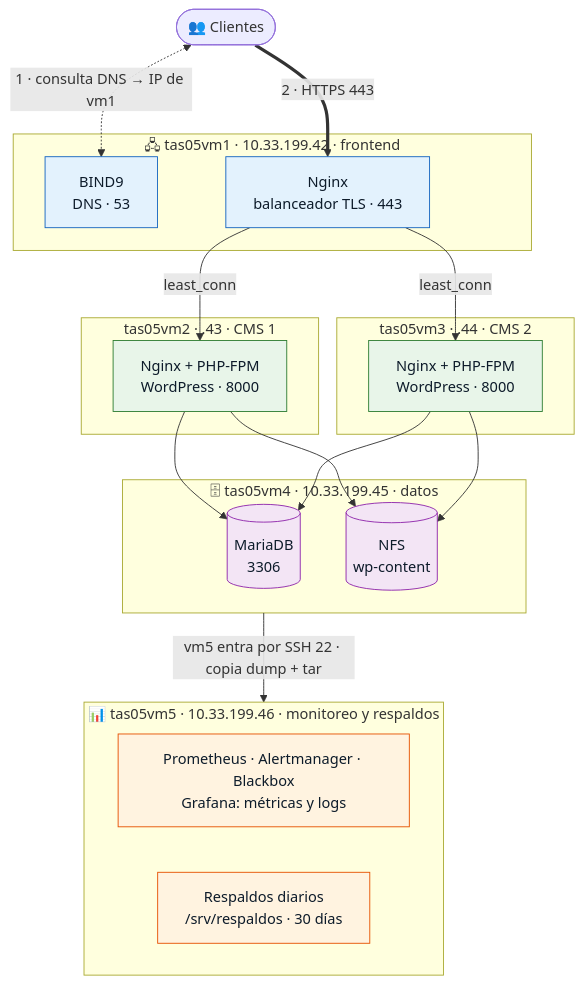
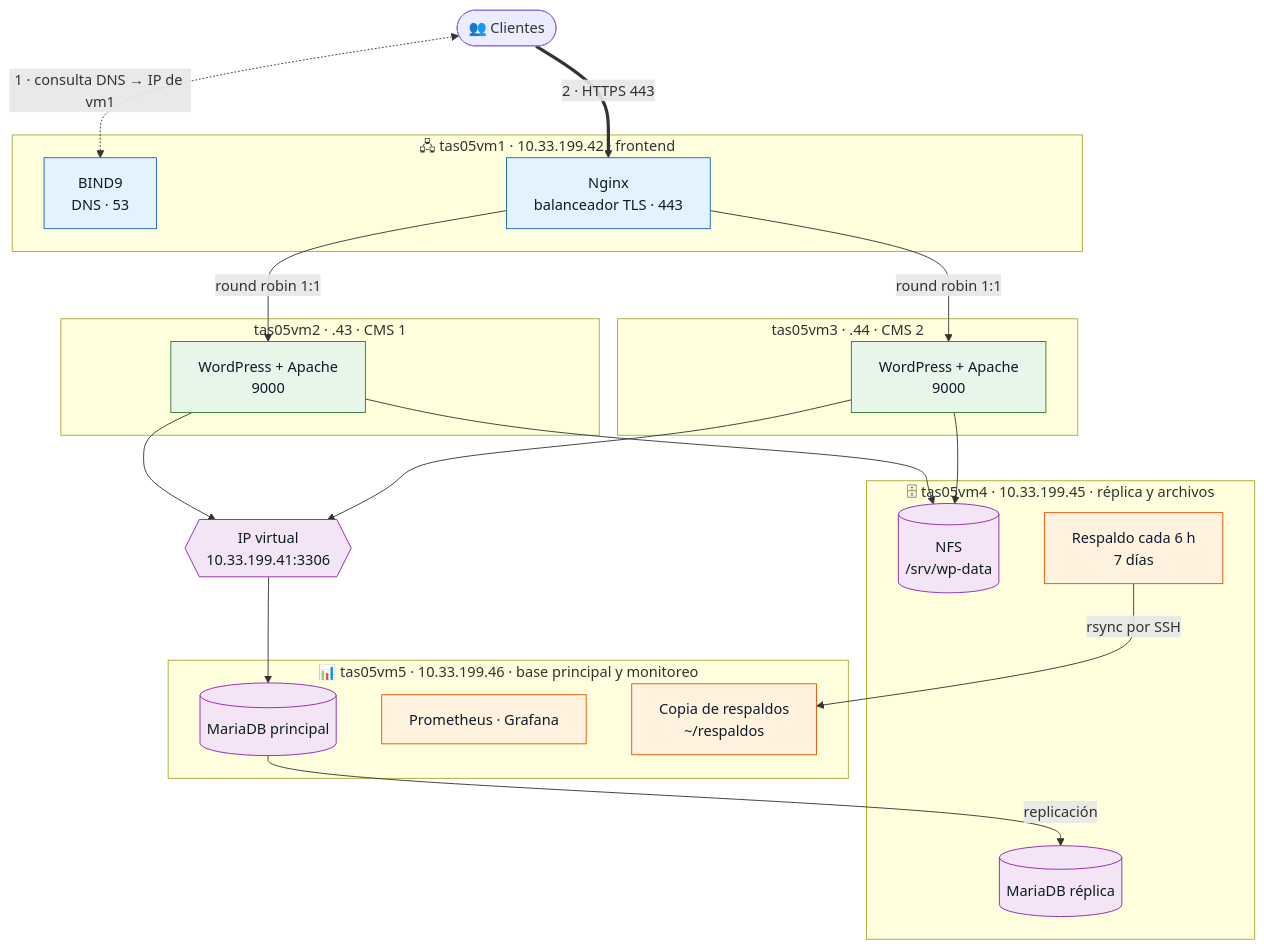
Before and after one commit to crisalvav/TAS: the diagram in README.md, drawn with Mermaid. The commit also changed other lines of this file and 14 other files, not shown here.

````diff
--- a/README.md
+++ b/README.md
@@ -42,45 +42,51 @@
 ```mermaid
 %%{init: {"flowchart": {"wrappingWidth": 260}}}%%
 flowchart TB
     C(["👥 Clientes"])
 
     subgraph VM1["🖧 tas05vm1 · 10.33.199.42 · frontend"]
         DNS["BIND9<br/>DNS · 53"]
         LB["Nginx<br/>balanceador TLS · 443"]
     end
 
     subgraph VM2["tas05vm2 · .43 · CMS 1"]
-        WP2["Nginx + PHP-FPM<br/>WordPress · 8000"]
+        WP2["WordPress + Apache<br/>9000"]
     end
 
     subgraph VM3["tas05vm3 · .44 · CMS 2"]
-        WP3["Nginx + PHP-FPM<br/>WordPress · 8000"]
+        WP3["WordPress + Apache<br/>9000"]
     end
 
-    subgraph VM4["🗄 tas05vm4 · 10.33.199.45 · datos"]
-        DB[("MariaDB<br/>3306")]
-        NFS[("NFS<br/>wp-content")]
+    VIP{{"IP virtual<br/>10.33.199.41:3306"}}
+
+    subgraph VM4["🗄 tas05vm4 · 10.33.199.45 · réplica y archivos"]
+        DB4[("MariaDB réplica")]
+        NFS[("NFS<br/>/srv/wp-data")]
+        BK["Respaldo cada 6 h<br/>7 días"]
     end
 
-    subgraph VM5["📊 tas05vm5 · 10.33.199.46 · monitoreo y respaldos"]
-        MON["Prometheus · Alertmanager · Blackbox<br/>Grafana: métricas y logs"]
-        BK["Respaldos diarios<br/>/srv/respaldos · 30 días"]
+    subgraph VM5["📊 tas05vm5 · 10.33.199.46 · base principal y monitoreo"]
+        DB5[("MariaDB principal")]
+        MON["Prometheus · Grafana"]
+        CP["Copia de respaldos<br/>~/respaldos"]
     end
 
     C <-. "1 · consulta DNS → IP de vm1" .-> DNS
     C == "2 · HTTPS 443" ==> LB
-    LB -- "least_conn" --> WP2
-    LB -- "least_conn" --> WP3
-    WP2 --> DB & NFS
-    WP3 --> DB & NFS
-    VM4 -- "vm5 entra por SSH 22 · copia dump + tar" --> VM5
+    LB -- "round robin 1:1" --> WP2
+    LB -- "round robin 1:1" --> WP3
+    WP2 --> VIP & NFS
+    WP3 --> VIP & NFS
+    VIP --> DB5
+    DB5 -- "replicación" --> DB4
+    BK -- "rsync por SSH" --> CP
 
     classDef front fill:#e3f2fd,stroke:#1565c0,color:#0d1b2a
     classDef web fill:#e8f5e9,stroke:#2e7d32,color:#0d1b2a
     classDef data fill:#f3e5f5,stroke:#8e24aa,color:#0d1b2a
     classDef ops fill:#fff3e0,stroke:#e65100,color:#0d1b2a
     class DNS,LB front
     class WP2,WP3 web
-    class DB,NFS data
-    class MON,BK ops
+    class DB4,DB5,NFS,VIP data
+    class MON,BK,CP ops
 ```
````
